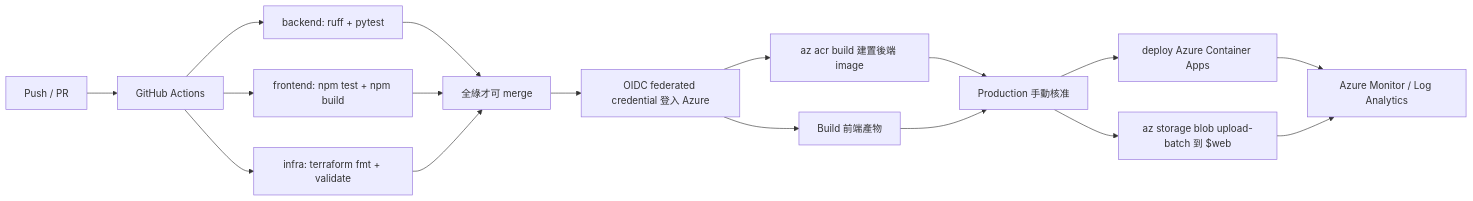
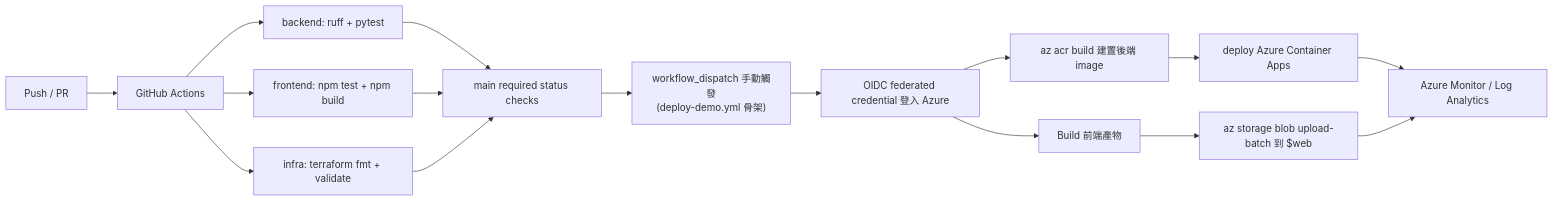
One commit to aoitsukikage-eng/trip-weather-planner changed the diagram in docs/cicd_flow.md. Above: the diagram before and after it, drawn with Mermaid. The commit also changed other lines of this file and 2 other files, not shown here.

First line of the commit message:
docs: align git workflow and CI/CD claims with verifiable repo state

````diff
--- a/docs/cicd_flow.md
+++ b/docs/cicd_flow.md
@@ -6,19 +6,18 @@
 ```mermaid
 flowchart LR
   DEV["Push / PR"] --> CI["GitHub Actions"]
   CI --> B["backend: ruff + pytest"]
   CI --> F["frontend: npm test + npm build"]
   CI --> I["infra: terraform fmt + validate"]
-  B --> GATE["全綠才可 merge"]
+  B --> GATE["main required status checks"]
   F --> GATE
   I --> GATE
-  GATE --> AZLOGIN["OIDC federated credential 登入 Azure"]
+  GATE --> DISPATCH["workflow_dispatch 手動觸發<br/>(deploy-demo.yml 骨架)"]
+  DISPATCH --> AZLOGIN["OIDC federated credential 登入 Azure"]
   AZLOGIN --> ACRBUILD["az acr build 建置後端 image"]
   AZLOGIN --> FEBUILD["Build 前端產物"]
-  ACRBUILD --> APPROVE["Production 手動核准"]
-  FEBUILD --> APPROVE
-  APPROVE --> DEPLOYAPI["deploy Azure Container Apps"]
-  APPROVE --> DEPLOYFE["az storage blob upload-batch 到 $web"]
+  ACRBUILD --> DEPLOYAPI["deploy Azure Container Apps"]
+  FEBUILD --> DEPLOYFE["az storage blob upload-batch 到 $web"]
   DEPLOYAPI --> OBS["Azure Monitor / Log Analytics"]
   DEPLOYFE --> OBS
 ```
````
